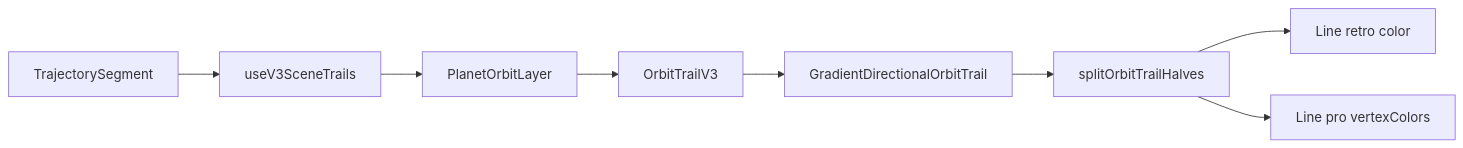
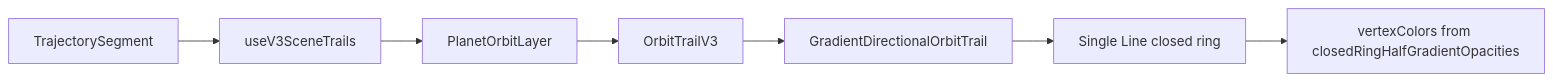
Before and after one commit to Kotagi/KSPCOMMAND: the first of 2 diagrams in docs/ORBIT_TRAIL_DRAWING_GUIDE.md, drawn with Mermaid. The commit also changed other lines of this file and 12 other files, not shown here.

````diff
--- a/docs/ORBIT_TRAIL_DRAWING_GUIDE.md
+++ b/docs/ORBIT_TRAIL_DRAWING_GUIDE.md
@@ -55,10 +89,9 @@
 ```mermaid
 flowchart LR
   seg[TrajectorySegment] --> trails[useV3SceneTrails]
   trails --> layer[PlanetOrbitLayer]
   layer --> v3[OrbitTrailV3]
   v3 --> drawer[GradientDirectionalOrbitTrail]
-  drawer --> split[splitOrbitTrailHalves]
-  split --> retro[Line retro color]
-  split --> pro[Line pro vertexColors]
+  drawer --> ring[Single Line closed ring]
+  ring --> colors[vertexColors from closedRingHalfGradientOpacities]
 ```
````
